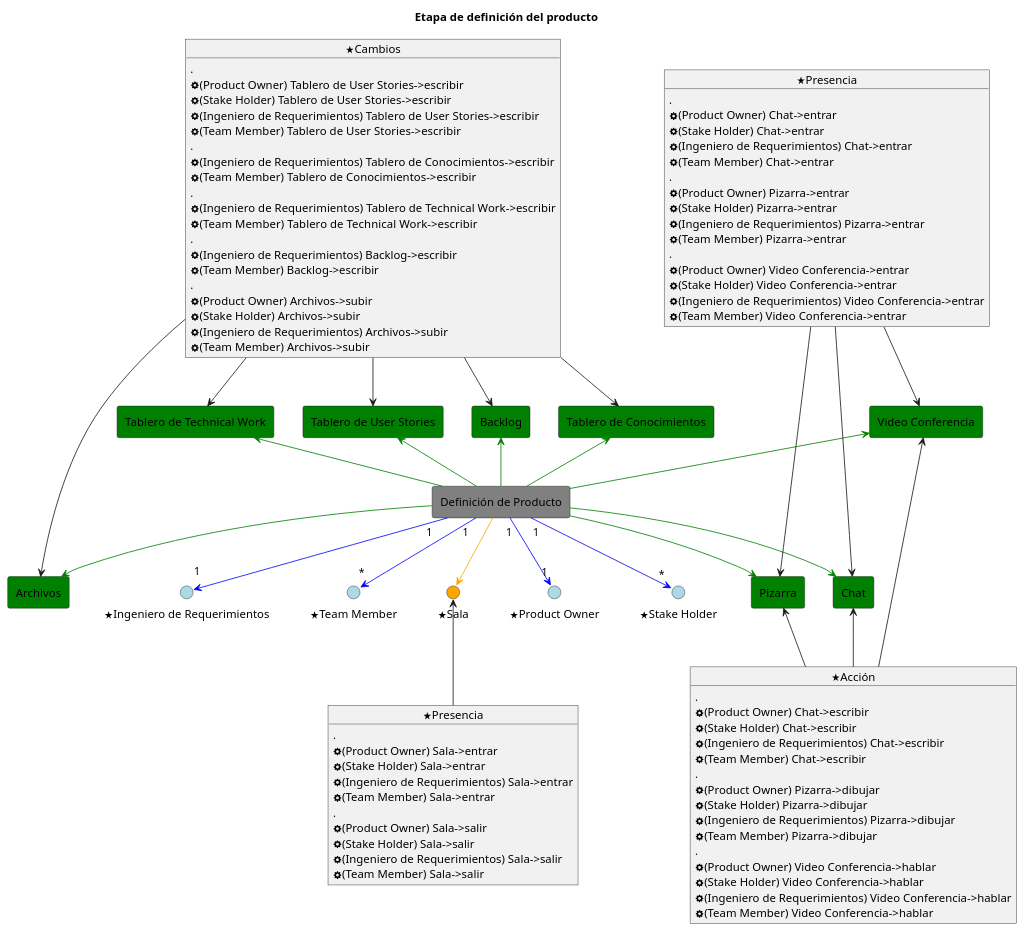
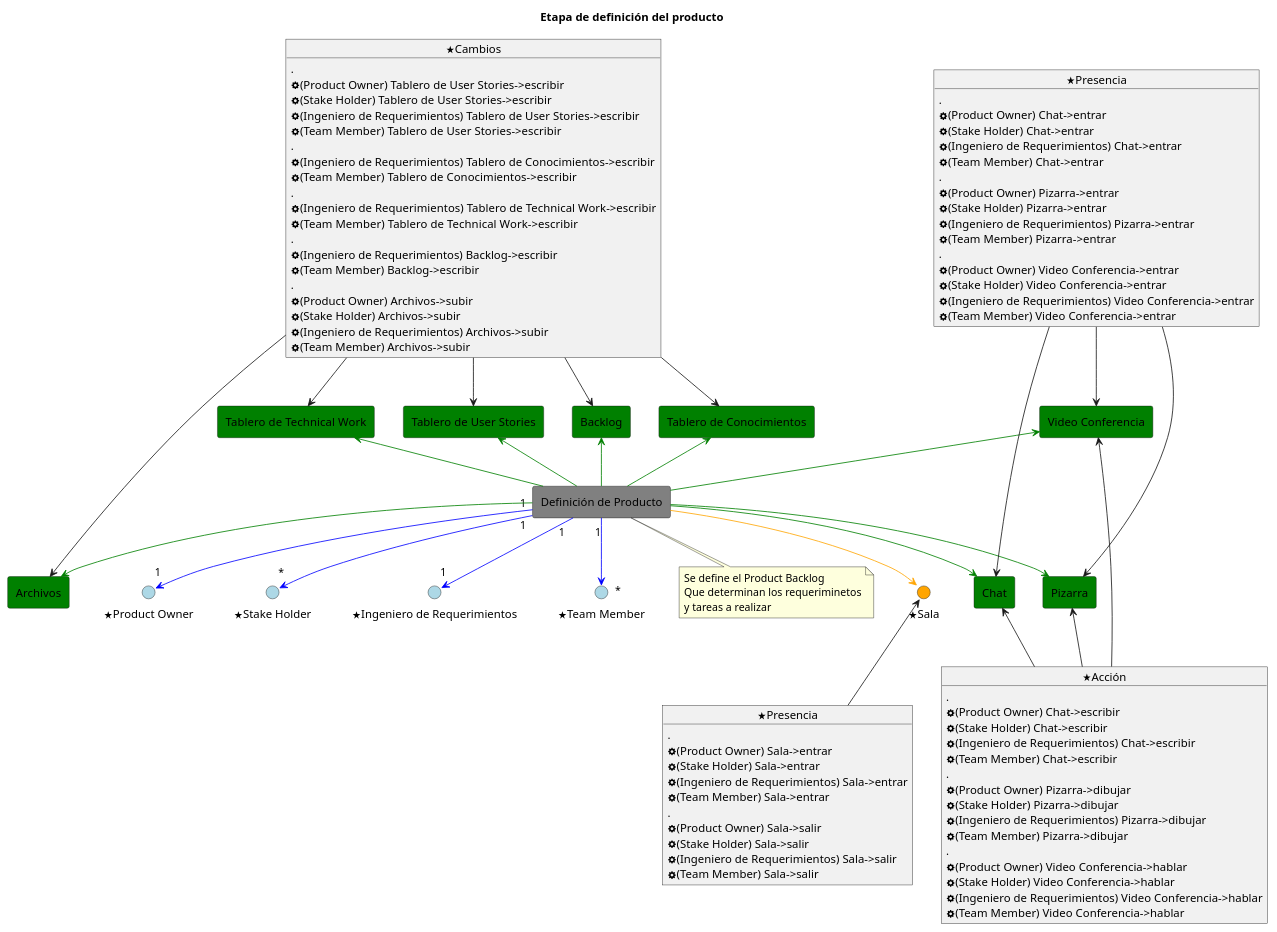
One commit to pablodanielrey/colaborativos changed the first of 2 diagrams in entrega1/actividades/product/product_definition.plantuml. Above: the diagram before and after it, drawn with PlantUML. The commit also changed other lines of this file and 2 other files, not shown here.

Commit message:
agrego los ultimos cambios a la entrega

```diff
--- a/entrega1/actividades/product/product_definition.plantuml
+++ b/entrega1/actividades/product/product_definition.plantuml
@@ -1,130 +1,131 @@
-@startuml
+@startuml actividad
 title Etapa de definición del producto
 allowmixing
 
 () "<&star>Product Owner" as owner #LightBlue
 () "<&star>Stake Holder" as sh #LightBlue
 () "<&star>Ingeniero de Requerimientos" as rem #LightBlue
 () "<&star>Team Member" as tm #LightBlue
 
 () "<&star>Sala" as room #Orange
 
 rectangle "Definición de Producto" as product #Gray
+note bottom: Se define el Product Backlog\nQue determinan los requeriminetos\ny tareas a realizar
 
 rectangle "Video Conferencia" as video #Green
 rectangle "Tablero de User Stories" as user_stories #Green
 rectangle "Tablero de Technical Work" as technical_work #Green
 rectangle "Tablero de Conocimientos" as knoledge_adquisition #Green
 rectangle "Backlog" as product_backlog #Green
 rectangle "Chat" as chat #Green
 rectangle "Pizarra" as blackboard #Green
 rectangle "Archivos" as files #Green
 
 product "1" -d[#Blue]-> "1" owner
 product "1" -d[#Blue]-> "*" sh
 product "1" -d[#Blue]-> "1" rem
 product "1" -d[#Blue]-> "*" tm
 product -u[#Green]-> video
 product -u[#Green]-> product_backlog
 product -u[#Green]-> user_stories
 product -u[#Green]-> technical_work
 product -u[#Green]-> knoledge_adquisition
 product -d[#Orange]-> room
 product -d[#Green]-> blackboard
 product -d[#Green]-> chat
 product -d[#Green]-> files
 
 
 object "<&star>Presencia" as Presencia {
     .
     <&cog>(Product Owner) Chat->entrar
     <&cog>(Stake Holder) Chat->entrar
     <&cog>(Ingeniero de Requerimientos) Chat->entrar
     <&cog>(Team Member) Chat->entrar
     .
     <&cog>(Product Owner) Pizarra->entrar
     <&cog>(Stake Holder) Pizarra->entrar
     <&cog>(Ingeniero de Requerimientos) Pizarra->entrar
     <&cog>(Team Member) Pizarra->entrar    
     .
     <&cog>(Product Owner) Video Conferencia->entrar
     <&cog>(Stake Holder) Video Conferencia->entrar
     <&cog>(Ingeniero de Requerimientos) Video Conferencia->entrar
     <&cog>(Team Member) Video Conferencia->entrar    
 
 }
 
 
 Presencia --> video
 Presencia --> chat
 Presencia --> blackboard
 
 
 object "<&star>Presencia" as Presencia2 {
     .
     <&cog>(Product Owner) Sala->entrar
     <&cog>(Stake Holder) Sala->entrar
     <&cog>(Ingeniero de Requerimientos) Sala->entrar
     <&cog>(Team Member) Sala->entrar
     .
     <&cog>(Product Owner) Sala->salir
     <&cog>(Stake Holder) Sala->salir
     <&cog>(Ingeniero de Requerimientos) Sala->salir
     <&cog>(Team Member) Sala->salir
 }
 
 Presencia2 -u-> room
 
 
 object "<&star>Acción" as Acción {
     .
     <&cog>(Product Owner) Chat->escribir
     <&cog>(Stake Holder) Chat->escribir
     <&cog>(Ingeniero de Requerimientos) Chat->escribir
     <&cog>(Team Member) Chat->escribir
 
     .
     <&cog>(Product Owner) Pizarra->dibujar
     <&cog>(Stake Holder) Pizarra->dibujar
     <&cog>(Ingeniero de Requerimientos) Pizarra->dibujar
     <&cog>(Team Member) Pizarra->dibujar
     .
     <&cog>(Product Owner) Video Conferencia->hablar
     <&cog>(Stake Holder) Video Conferencia->hablar
     <&cog>(Ingeniero de Requerimientos) Video Conferencia->hablar
     <&cog>(Team Member) Video Conferencia->hablar    
 }
 
 Acción -u-> chat
 Acción -u-> blackboard
 Acción -u-> video
 
 object "<&star>Cambios" as Cambios {
     .
     <&cog>(Product Owner) Tablero de User Stories->escribir
     <&cog>(Stake Holder) Tablero de User Stories->escribir
     <&cog>(Ingeniero de Requerimientos) Tablero de User Stories->escribir
     <&cog>(Team Member) Tablero de User Stories->escribir
     .
     <&cog>(Ingeniero de Requerimientos) Tablero de Conocimientos->escribir
     <&cog>(Team Member) Tablero de Conocimientos->escribir
     .
     <&cog>(Ingeniero de Requerimientos) Tablero de Technical Work->escribir
     <&cog>(Team Member) Tablero de Technical Work->escribir
     .
     <&cog>(Ingeniero de Requerimientos) Backlog->escribir
     <&cog>(Team Member) Backlog->escribir
     .
     <&cog>(Product Owner) Archivos->subir
     <&cog>(Stake Holder) Archivos->subir
     <&cog>(Ingeniero de Requerimientos) Archivos->subir
     <&cog>(Team Member) Archivos->subir    
 }
 
 Cambios -d-> files
 Cambios -d-> user_stories
 Cambios -d-> technical_work
 Cambios -d-> knoledge_adquisition
 Cambios -d-> product_backlog
 
 @enduml
```
